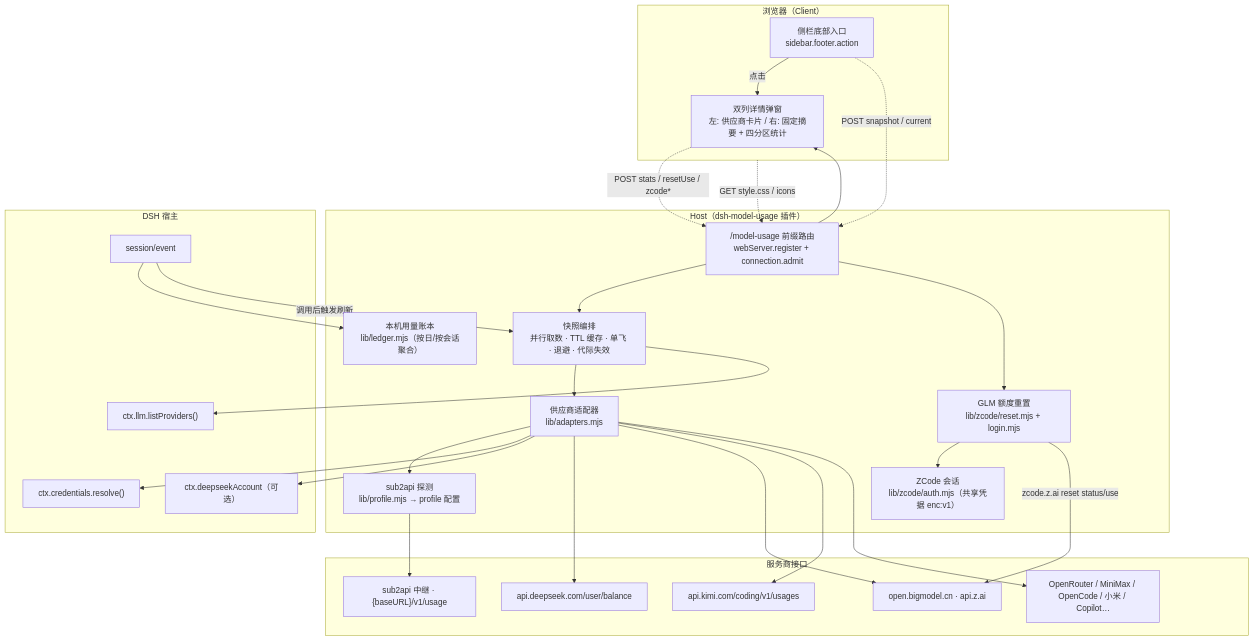
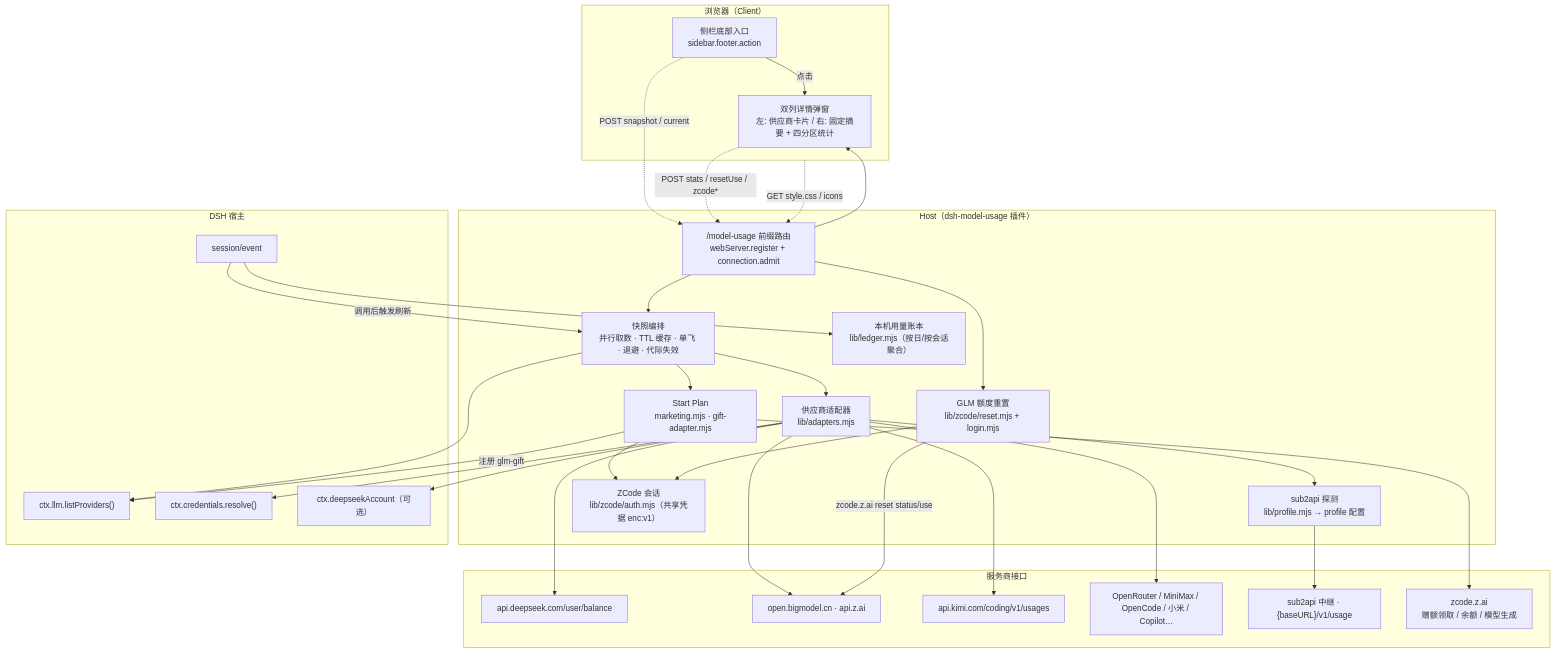
The first of 5 diagrams in docs/architecture.md (Antecer/dsh-model-usage), drawn with Mermaid before and after one commit. The commit also changed other lines of this file and 32 other files, not shown here.

````diff
--- a/docs/architecture.md
+++ b/docs/architecture.md
@@ -8,51 +8,57 @@
 ```mermaid
 flowchart TB
   subgraph Browser["浏览器（Client）"]
     Footer["侧栏底部入口<br/>sidebar.footer.action"]
     Modal["双列详情弹窗<br/>左: 供应商卡片 / 右: 固定摘要 + 四分区统计"]
     Footer -->|点击| Modal
   end
 
   subgraph Host["Host（dsh-model-usage 插件）"]
     Route["/model-usage 前缀路由<br/>webServer.register + connection.admit"]
     Snap["快照编排<br/>并行取数 · TTL 缓存 · 单飞 · 退避 · 代际失效"]
     Adapters["供应商适配器<br/>lib/adapters.mjs"]
     Probe["sub2api 探测<br/>lib/profile.mjs → profile 配置"]
     Ledger["本机用量账本<br/>lib/ledger.mjs（按日/按会话聚合）"]
     ZAuth["ZCode 会话<br/>lib/zcode/auth.mjs（共享凭据 enc:v1）"]
     ZReset["GLM 额度重置<br/>lib/zcode/reset.mjs + login.mjs"]
+    Gift["Start Plan<br/>marketing.mjs · gift-adapter.mjs"]
+    Gift --> ZAuth
+    Snap --> Gift
     Route --> Snap
     Snap --> Adapters
     Adapters --> Probe
     Route --> ZReset
     ZReset --> ZAuth
   end
 
   subgraph DSH["DSH 宿主"]
     LLM["ctx.llm.listProviders()"]
     Cred["ctx.credentials.resolve()"]
     Events["session/event"]
     Acct["ctx.deepseekAccount（可选）"]
   end
 
   subgraph Upstream["服务商接口"]
     DeepSeek["api.deepseek.com/user/balance"]
     GLM["open.bigmodel.cn · api.z.ai"]
     Kimi["api.kimi.com/coding/v1/usages"]
     Others["OpenRouter / MiniMax / OpenCode / 小米 / Copilot…"]
     Sub2["sub2api 中继 · {baseURL}/v1/usage"]
+    ZPlan["zcode.z.ai<br/>赠额领取 / 余额 / 模型生成"]
   end
 
   Footer -.->|POST snapshot / current| Route
   Modal -.->|POST stats / resetUse / zcode*| Route
   Browser -.->|GET style.css / icons| Route
   Snap --> LLM
   Adapters --> Cred
   Adapters --> Acct
   Events --> Ledger
   Events -->|调用后触发刷新| Snap
   Adapters --> DeepSeek & GLM & Kimi & Others
   Probe --> Sub2
+  Gift --> ZPlan
+  Gift -->|注册 glm-gift| LLM
   ZReset -->|zcode.z.ai reset status/use| GLM
   Route --> Modal
 ```
````
